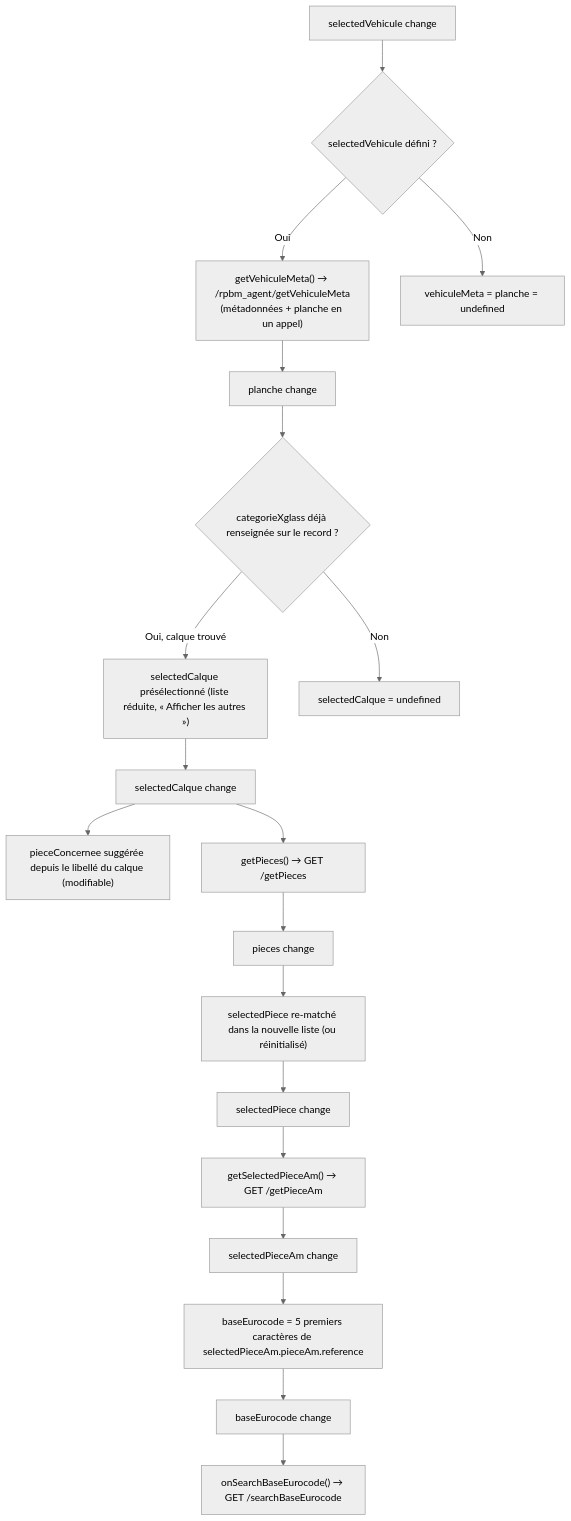
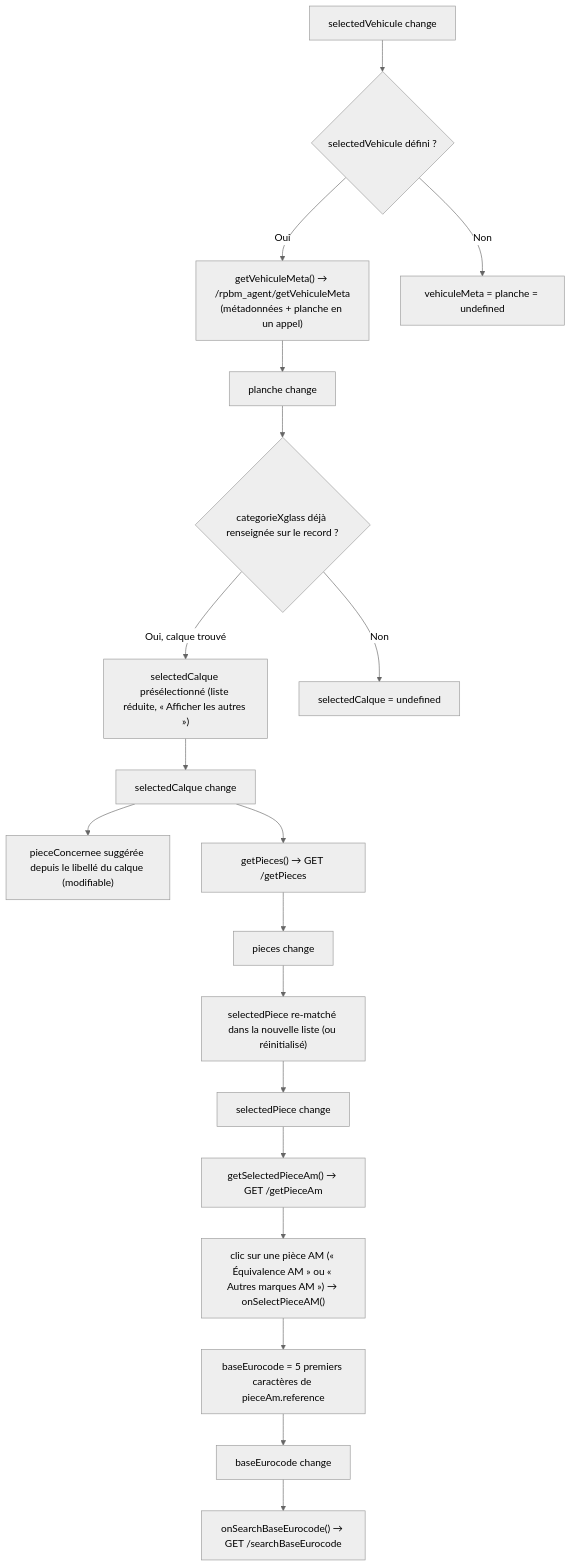
One commit to rpbmSdk/rpbm changed the fourth of 4 diagrams in rpbm_agent/docs/technique/frontend.md. Above: the diagram before and after it, drawn with Mermaid (neutral theme). The commit also changed other lines of this file and 2 other files, not shown here.

First line of the commit message:
docs(rpbm_agent): encart Autres marques AM dans le workflow, le jeu de test et le frontend (R11)

````diff
--- a/rpbm_agent/docs/technique/frontend.md
+++ b/rpbm_agent/docs/technique/frontend.md
@@ -125,21 +128,21 @@
 ```mermaid
 flowchart TD
     V[selectedVehicule change] --> P{selectedVehicule défini ?}
     P -->|Oui| GP["getVehiculeMeta() → /rpbm_agent/getVehiculeMeta<br/>(métadonnées + planche en un appel)"]
     P -->|Non| RP[vehiculeMeta = planche = undefined]
     GP --> PL[planche change]
     PL --> C{"categorieXglass déjà renseignée sur le record ?"}
     C -->|Oui, calque trouvé| SC["selectedCalque présélectionné (liste réduite, « Afficher les autres »)"]
     C -->|Non| NC[selectedCalque = undefined]
     SC --> CA[selectedCalque change]
     CA --> PCS["pieceConcernee suggérée depuis le libellé du calque (modifiable)"]
     CA --> GPi["getPieces() → GET /getPieces"]
     GPi --> PI[pieces change]
     PI --> SP["selectedPiece re-matché dans la nouvelle liste (ou réinitialisé)"]
     SP --> SPC[selectedPiece change]
     SPC --> GPA["getSelectedPieceAm() → GET /getPieceAm"]
-    GPA --> PA[selectedPieceAm change]
-    PA --> EU["baseEurocode = 5 premiers caractères de selectedPieceAm.pieceAm.reference"]
+    GPA --> PA["clic sur une pièce AM (« Équivalence AM » ou « Autres marques AM ») → onSelectPieceAM()"]
+    PA --> EU["baseEurocode = 5 premiers caractères de pieceAm.reference"]
     EU --> EUC[baseEurocode change]
     EUC --> SB["onSearchBaseEurocode() → GET /searchBaseEurocode"]
 ```
````
